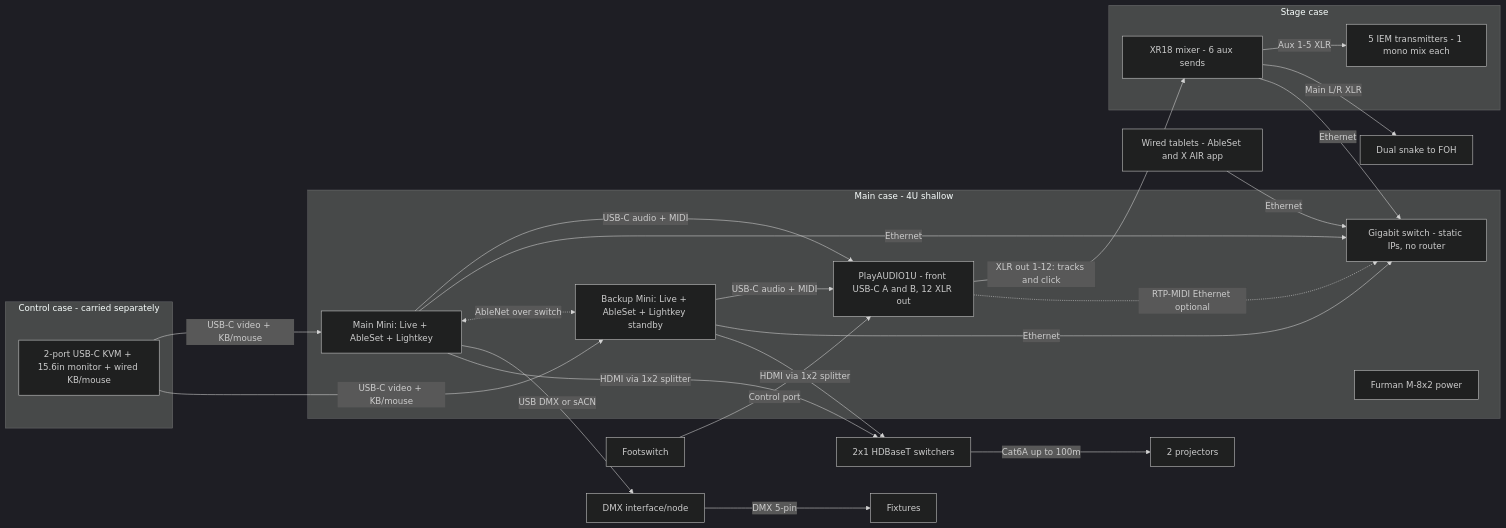
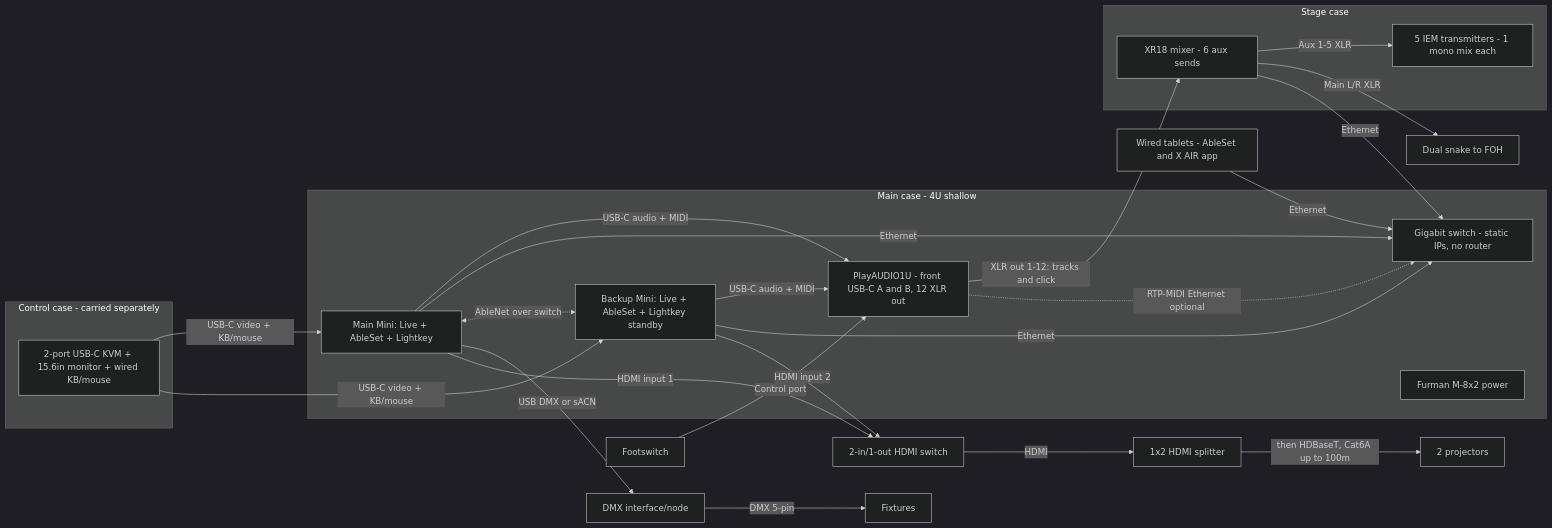
The first of 2 diagrams in README.md (kemckai/efc-playback-rig), drawn with Mermaid (dark theme) before and after one commit. The commit also changed other lines of this file and 7 other files, not shown here.

First line of the commit message:
Route both projectors through one HDMI failover switch

````diff
--- a/README.md
+++ b/README.md
@@ -59,36 +59,37 @@
 ```mermaid
 flowchart LR
   subgraph CTRL[Control case - carried separately]
     KVM[2-port USB-C KVM + 15.6in monitor + wired KB/mouse]
   end
   subgraph MAIN[Main case - 4U shallow]
     MM[Main Mini: Live + AbleSet + Lightkey]
     BM[Backup Mini: Live + AbleSet + Lightkey standby]
     SW[Gigabit switch - static IPs, no router]
     PA[PlayAUDIO1U - front USB-C A and B, 12 XLR out]
     PWR[Furman M-8x2 power]
   end
   subgraph STAGE[Stage case]
     XR[XR18 mixer - 6 aux sends]
     IEM[5 IEM transmitters - 1 mono mix each]
   end
   MM -- USB-C audio + MIDI --> PA
   BM -- USB-C audio + MIDI --> PA
   PA -- "XLR out 1-12: tracks and click" --> XR
   XR -- Aux 1-5 XLR --> IEM
   XR -- Main L/R XLR --> SNAKE[Dual snake to FOH]
   MM -- Ethernet --> SW
   BM -- Ethernet --> SW
   XR -- Ethernet --> SW
   PA -. RTP-MIDI Ethernet optional .-> SW
   TAB[Wired tablets - AbleSet and X AIR app] -- Ethernet --> SW
   MM <-. AbleNet over switch .-> BM
   MM -- USB DMX or sACN --> DMX[DMX interface/node]
   DMX -- DMX 5-pin --> FIX[Fixtures]
-  MM -- "HDMI via 1x2 splitter" --> VSW[2x1 HDBaseT switchers]
-  BM -- "HDMI via 1x2 splitter" --> VSW
-  VSW -- Cat6A up to 100m --> PROJ[2 projectors]
+  MM -- "HDMI input 1" --> HSV[2-in/1-out HDMI switch]
+  BM -- "HDMI input 2" --> HSV
+  HSV -- HDMI --> SPL[1x2 HDMI splitter]
+  SPL -- "then HDBaseT, Cat6A up to 100m" --> PROJ[2 projectors]
   KVM -- USB-C video + KB/mouse --> MM
   KVM -- USB-C video + KB/mouse --> BM
   FS[Footswitch] -- Control port --> PA
 ```
````
